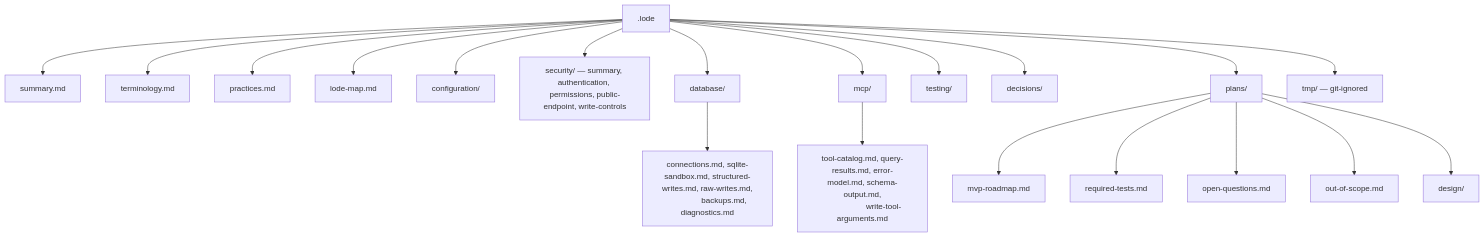
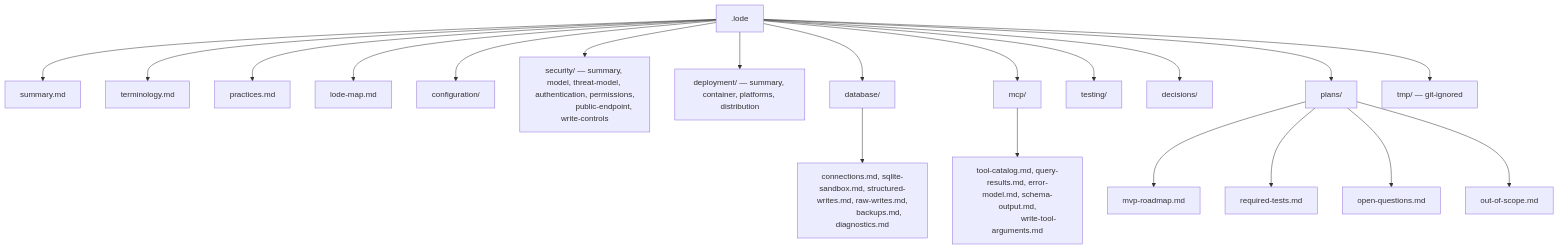
The diagram in .lode/lode-map.md (xakpc/sqlite-mcp-sidecar), drawn with Mermaid before and after one commit. The commit also changed other lines of this file and 39 other files, not shown here.

````diff
--- a/.lode/lode-map.md
+++ b/.lode/lode-map.md
@@ -8,24 +8,25 @@
 ```mermaid
 flowchart TD
     root[.lode] --> s[summary.md]
     root --> t[terminology.md]
     root --> p[practices.md]
     root --> m[lode-map.md]
     root --> cfg[configuration/]
-    root --> sec[security/ — summary, authentication, permissions, public-endpoint, write-controls]
+    root --> sec[security/ — summary, model, threat-model, authentication, permissions,
+                  public-endpoint, write-controls]
+    root --> dep[deployment/ — summary, container, platforms, distribution]
     root --> dbd[database/]
     root --> mcpd[mcp/]
     root --> tst[testing/]
     root --> dec[decisions/]
     root --> plans[plans/]
     root --> tmp[tmp/ — git-ignored]
     dbd --> dbs[connections.md, sqlite-sandbox.md, structured-writes.md, raw-writes.md,
                 backups.md, diagnostics.md]
     mcpd --> mcps[tool-catalog.md, query-results.md, error-model.md, schema-output.md,
                    write-tool-arguments.md]
     plans --> rm[mvp-roadmap.md]
     plans --> rt[required-tests.md]
     plans --> oq[open-questions.md]
     plans --> oos[out-of-scope.md]
-    plans --> d[design/]
 ```
````
